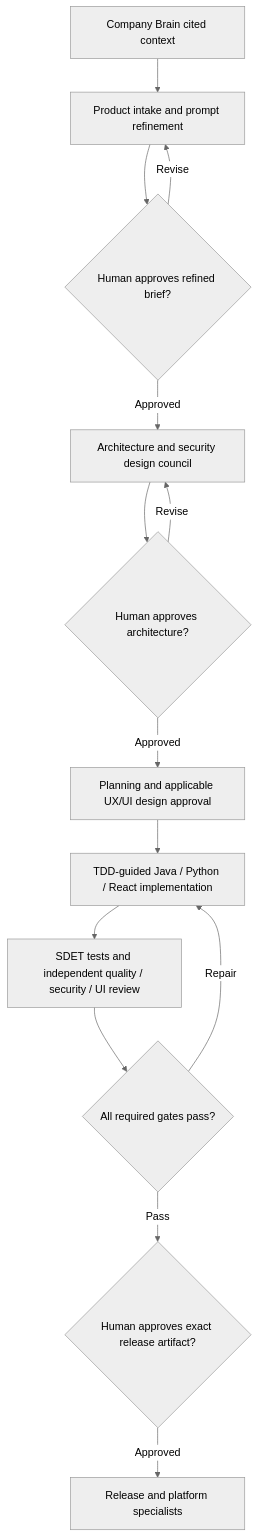
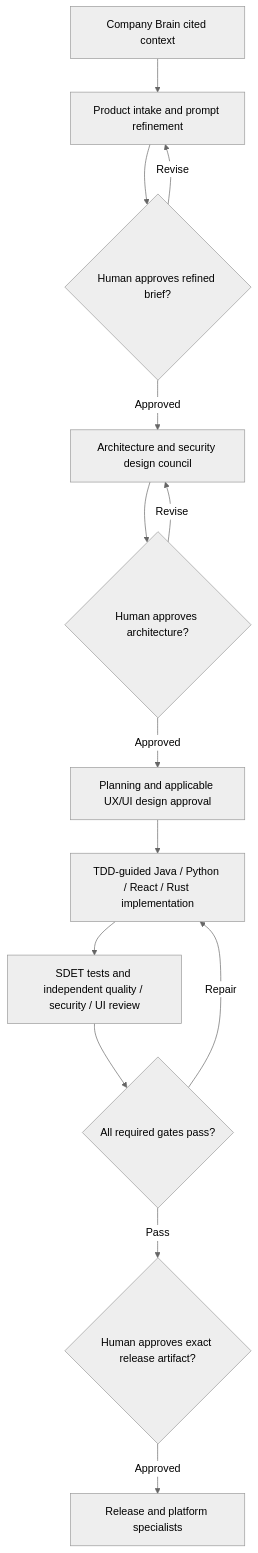
One commit to rajsriniv/software-factory changed the diagram in README.md. Above: the diagram before and after it, drawn with Mermaid (neutral theme). The commit also changed other lines of this file and 14 other files, not shown here.

````diff
--- a/README.md
+++ b/README.md
@@ -11,16 +11,16 @@
 ```mermaid
 flowchart TD
     K["Company Brain cited context"] --> A["Product intake and prompt refinement"]
     A --> R{"Human approves refined brief?"}
     R -- Revise --> A
     R -- Approved --> B["Architecture and security design council"]
     B --> C{"Human approves architecture?"}
     C -- Revise --> B
     C -- Approved --> D["Planning and applicable UX/UI design approval"]
-    D --> E["TDD-guided Java / Python / React implementation"]
+    D --> E["TDD-guided Java / Python / React / Rust implementation"]
     E --> F["SDET tests and independent quality / security / UI review"]
     F --> G{"All required gates pass?"}
     G -- Repair --> E
     G -- Pass --> H{"Human approves exact release artifact?"}
     H -- Approved --> I["Release and platform specialists"]
 ```
````
